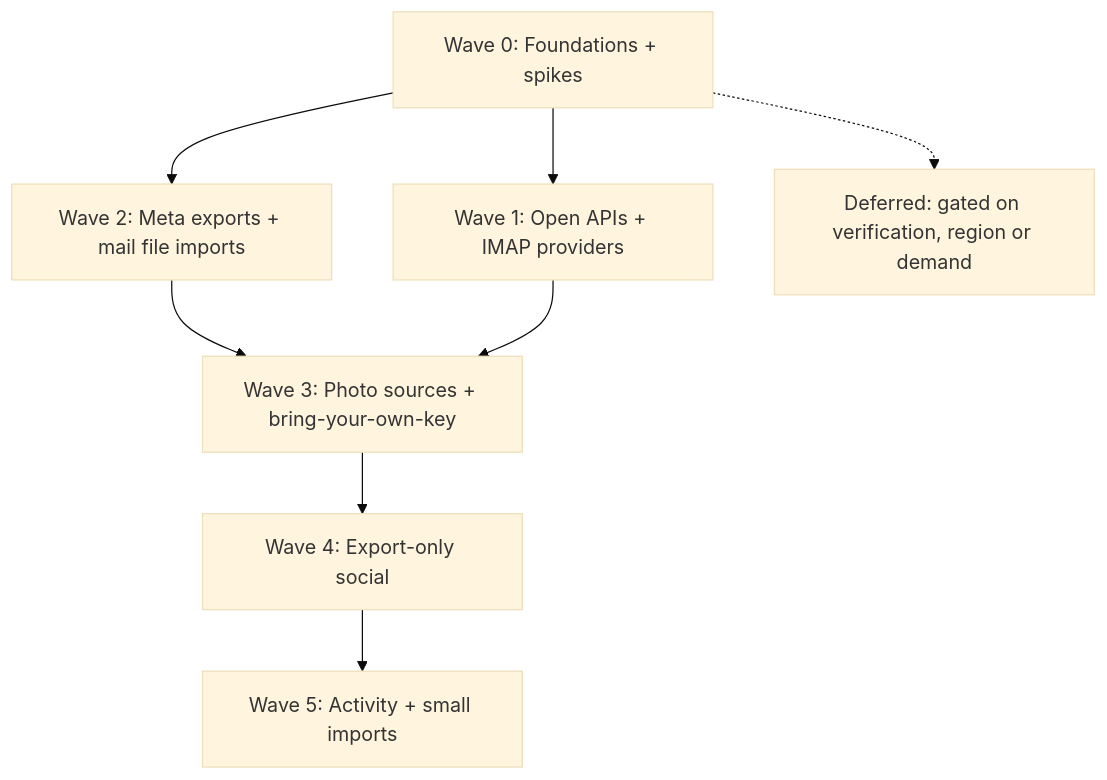
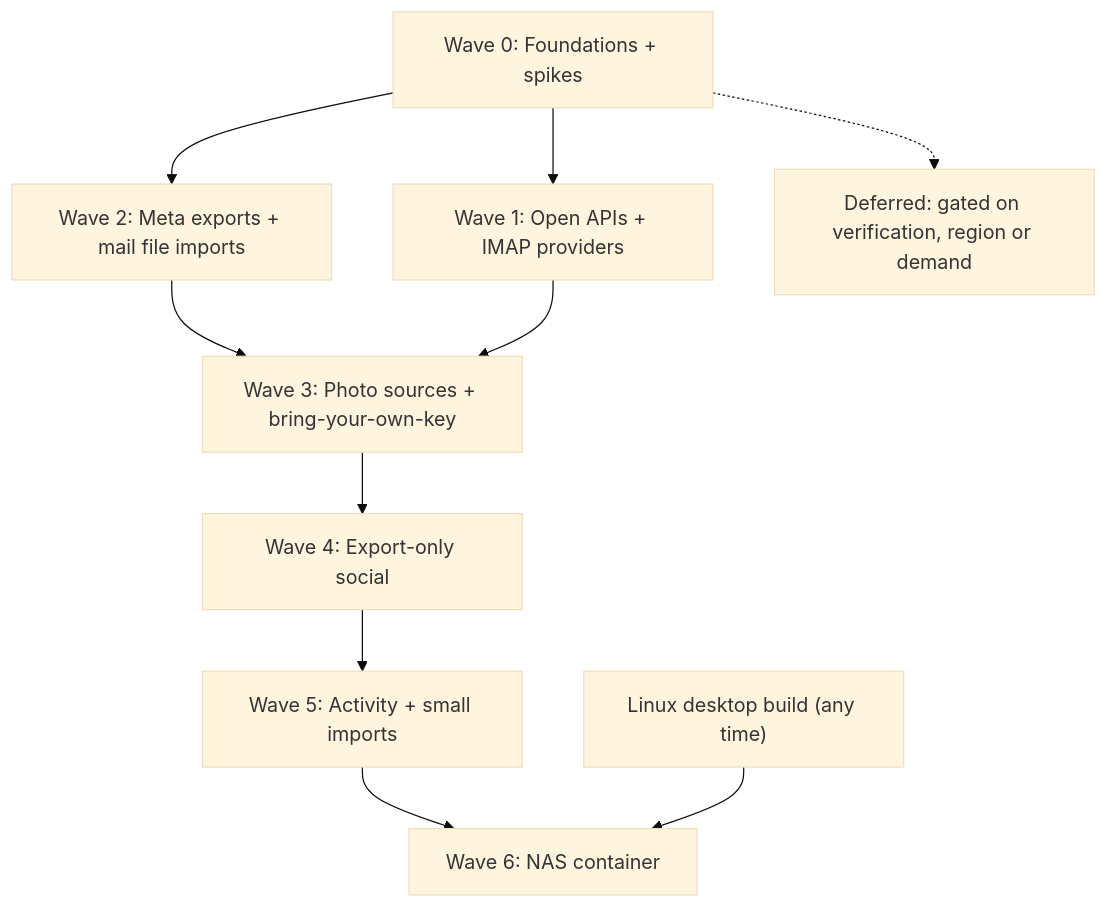
The diagram in docs/RELEASE-PLAN.md (XDT-Labs/mydatastudio), drawn with Mermaid (base theme) before and after one commit. The commit also changed other lines of this file and 4 other files, not shown here.

First line of the commit message:
docs: add Windows/Linux CI build plans and a Synology NAS container plan

````diff
--- a/docs/RELEASE-PLAN.md
+++ b/docs/RELEASE-PLAN.md
@@ -14,17 +14,21 @@
 ```mermaid
 flowchart TD
   W0["Wave 0: Foundations + spikes"]
   W1["Wave 1: Open APIs + IMAP providers"]
   W2["Wave 2: Meta exports + mail file imports"]
   W3["Wave 3: Photo sources + bring-your-own-key"]
   W4["Wave 4: Export-only social"]
   W5["Wave 5: Activity + small imports"]
+  W6["Wave 6: NAS container"]
+  LX["Linux desktop build (any time)"]
   D["Deferred: gated on verification, region or demand"]
   W0 --> W1
   W0 --> W2
   W2 --> W3
   W1 --> W3
   W3 --> W4
   W4 --> W5
+  W5 --> W6
+  LX --> W6
   W0 -.-> D
 ```
````
